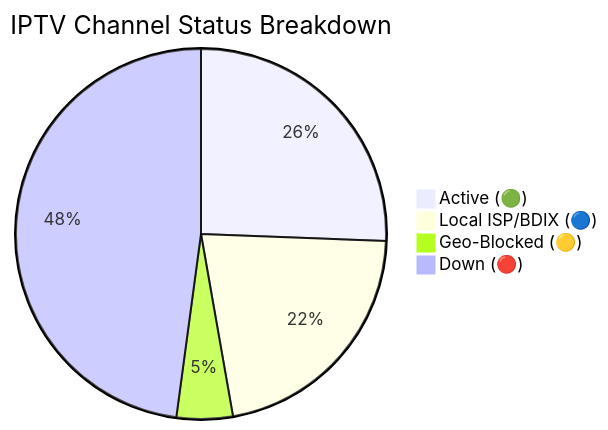
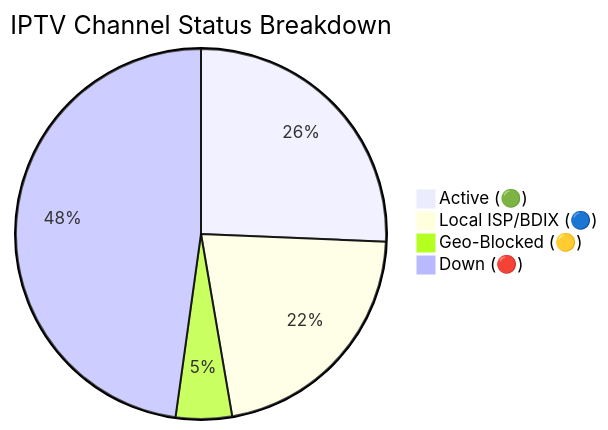
One commit to Zaman-Topu/Ip-tv-Collection changed the diagram in README.md. Above: the diagram before and after it, drawn with Mermaid. The commit also changed other lines of this file and 6 other files, not shown here.

````diff
--- a/README.md
+++ b/README.md
@@ -118,7 +118,7 @@
 ```mermaid
 pie title IPTV Channel Status Breakdown
-    "Active (🟢)" : 10604
+    "Active (🟢)" : 10631
     "Local ISP/BDIX (🔵)" : 8962
     "Geo-Blocked (🟡)" : 2030
-    "Down (🔴)" : 19830
+    "Down (🔴)" : 19800
 ```
````
